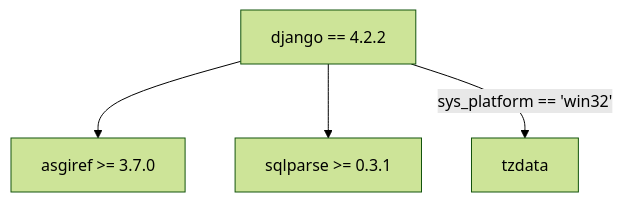
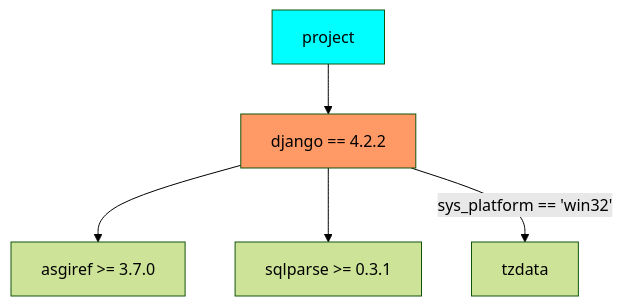
The second of 2 diagrams in slides.md (jond01/pycon-il-23), drawn with Mermaid (forest theme) before and after one commit.

Commit message:
Update the deps tree diagram colors

````diff
--- a/slides.md
+++ b/slides.md
@@ -624,6 +624,10 @@
 ```mermaid
 flowchart TD
-    A["django == 4.2.2"] --> B["asgiref >= 3.7.0"]
+    classDef source fill:cyan
+    classDef directDep fill:#f96
+
+    O[project]:::source --> A["django == 4.2.2"]:::directDep
+    A --> B["asgiref >= 3.7.0"]
     A --> C["sqlparse >= 0.3.1"]
     A -->|sys_platform == 'win32'| D[tzdata]
 ```
````
